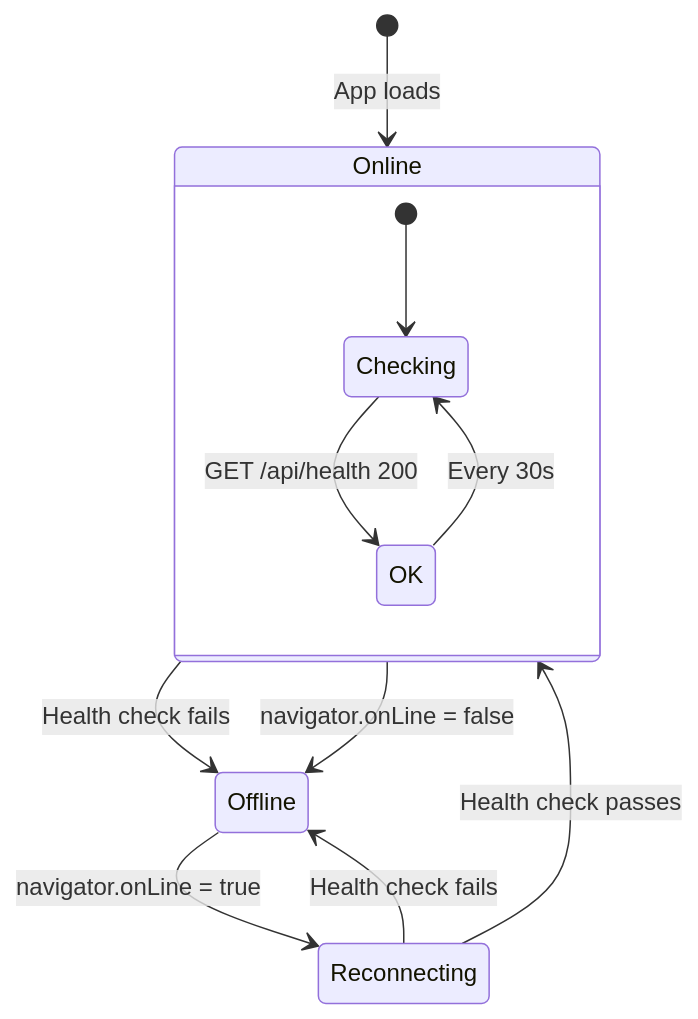
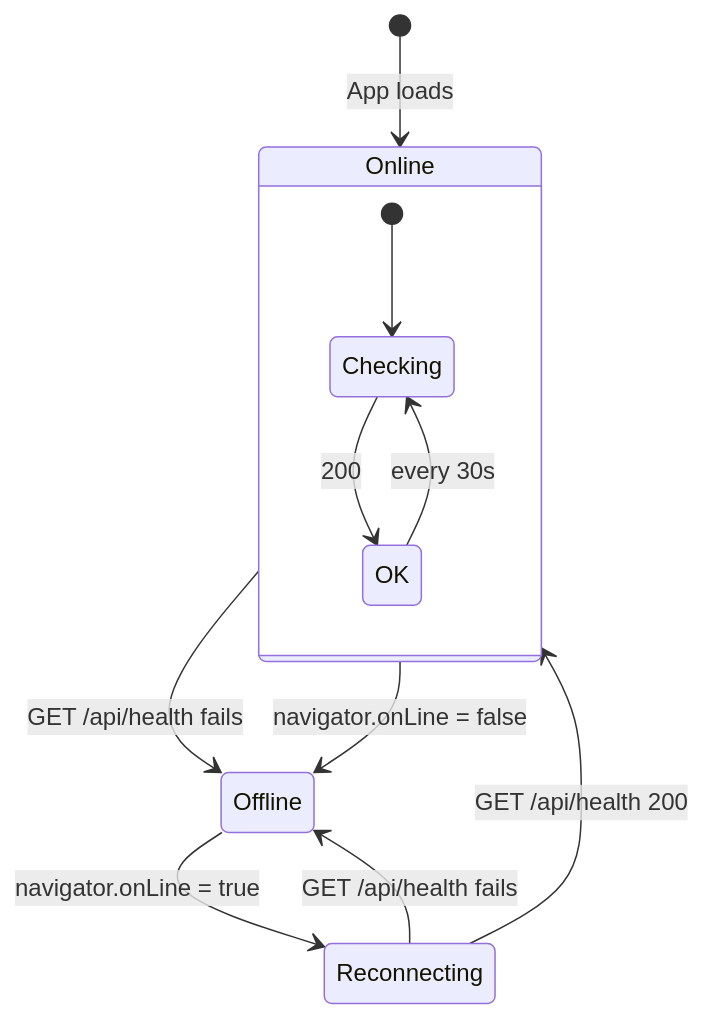
One commit to urvagandhi/Hospital-Management changed the fifth of 5 diagrams in frontend/README.md. Above: the diagram before and after it, drawn with Mermaid. The commit also changed other lines of this file and 5 other files, not shown here.

````diff
--- a/frontend/README.md
+++ b/frontend/README.md
@@ -208,17 +291,17 @@
 ```mermaid
 stateDiagram-v2
     [*] --> Online: App loads
 
-    Online --> Offline: Health check fails
+    Online --> Offline: GET /api/health fails
     Online --> Offline: navigator.onLine = false
 
     Offline --> Reconnecting: navigator.onLine = true
-    Reconnecting --> Online: Health check passes
-    Reconnecting --> Offline: Health check fails
+    Reconnecting --> Online: GET /api/health 200
+    Reconnecting --> Offline: GET /api/health fails
 
     state Online {
         [*] --> Checking
-        Checking --> OK: GET /api/health 200
-        OK --> Checking: Every 30s
+        Checking --> OK: 200
+        OK --> Checking: every 30s
     }
 ```
````
